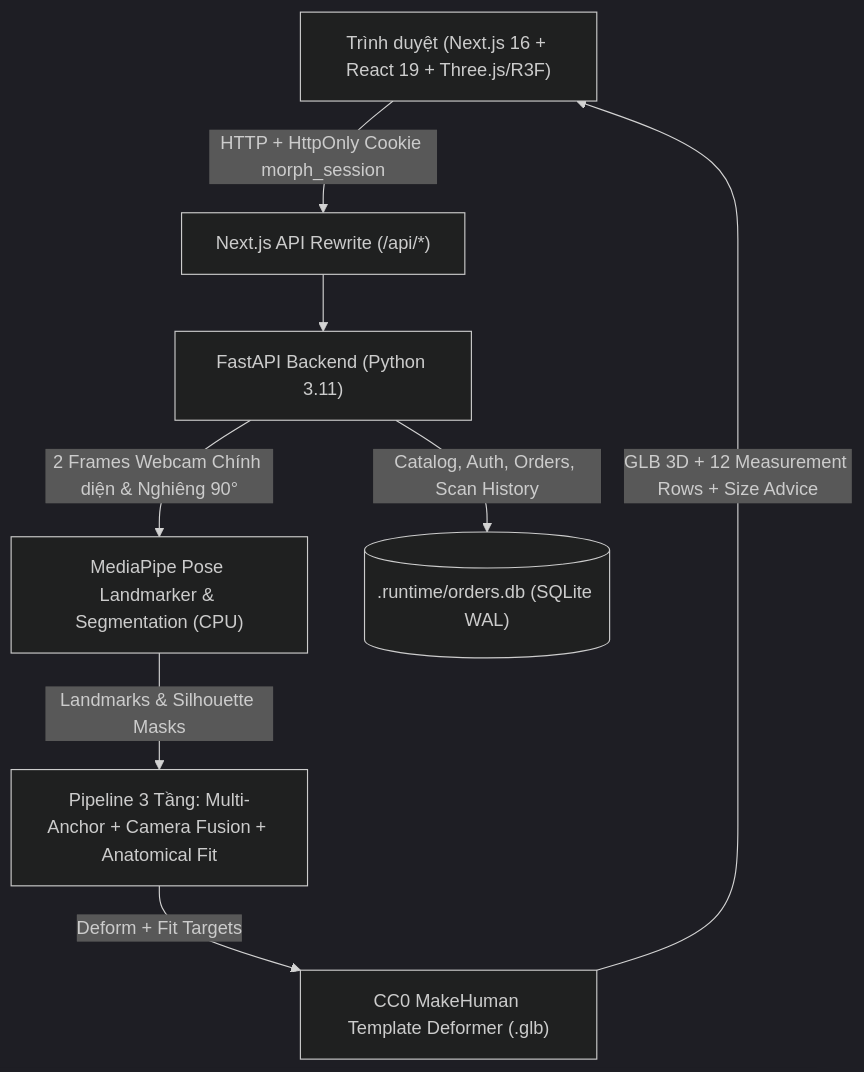
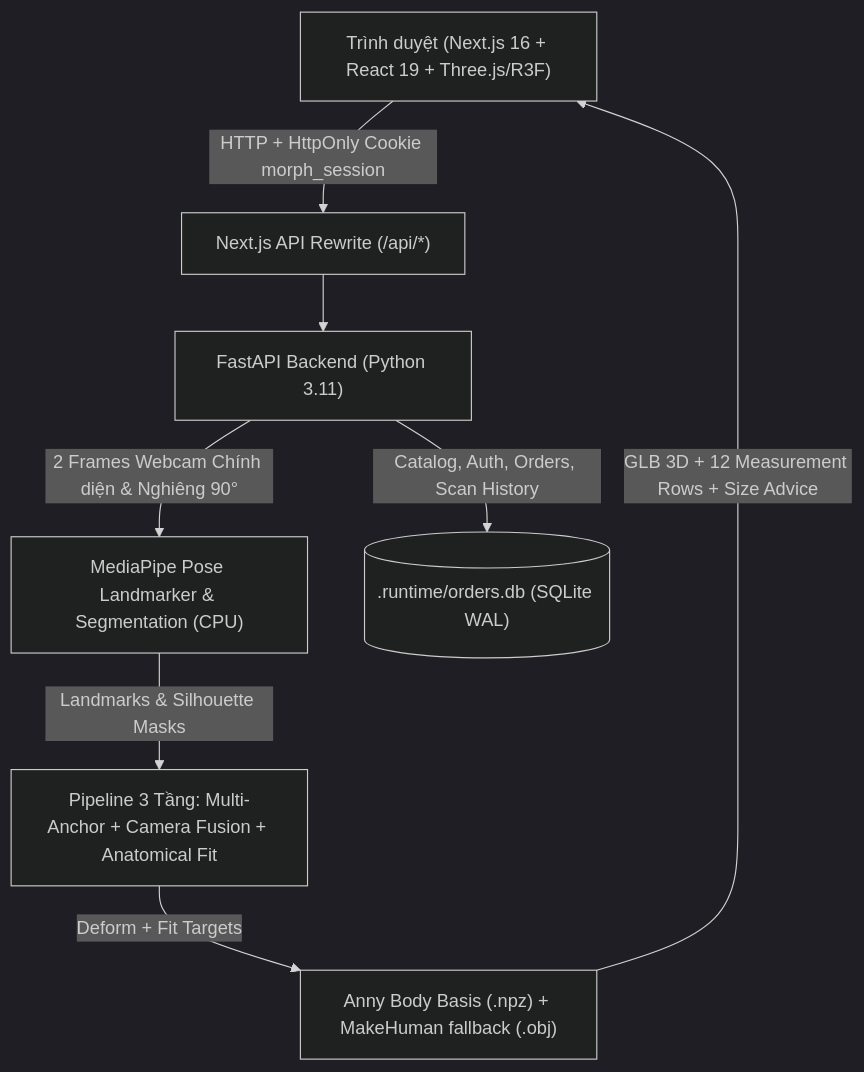
Before and after one commit to thuonglv024/3d-ai: the diagram in docs/ARCHITECTURE.md, drawn with Mermaid (dark theme). The commit also changed other lines of this file and 3724 other files, not shown here.

````diff
--- a/docs/ARCHITECTURE.md
+++ b/docs/ARCHITECTURE.md
@@ -12,18 +12,18 @@
 ```mermaid
 graph TD
     Client["Trình duyệt (Next.js 16 + React 19 + Three.js/R3F)"]
     Proxy["Next.js API Rewrite (/api/*)"]
     FastAPI["FastAPI Backend (Python 3.11)"]
     MediaPipe["MediaPipe Pose Landmarker & Segmentation (CPU)"]
     Fusion["Pipeline 3 Tầng: Multi-Anchor + Camera Fusion + Anatomical Fit"]
-    MakeHuman["CC0 MakeHuman Template Deformer (.glb)"]
+    MakeHuman["Anny Body Basis (.npz) + MakeHuman fallback (.obj)"]
     SQLite[(".runtime/orders.db (SQLite WAL)")]
 
     Client -->|HTTP + HttpOnly Cookie morph_session| Proxy
     Proxy --> FastAPI
     FastAPI -->|Catalog, Auth, Orders, Scan History| SQLite
     FastAPI -->|2 Frames Webcam Chính diện & Nghiêng 90°| MediaPipe
     MediaPipe -->|Landmarks & Silhouette Masks| Fusion
     Fusion -->|Deform + Fit Targets| MakeHuman
     MakeHuman -->|GLB 3D + 12 Measurement Rows + Size Advice| Client
 ```
````
